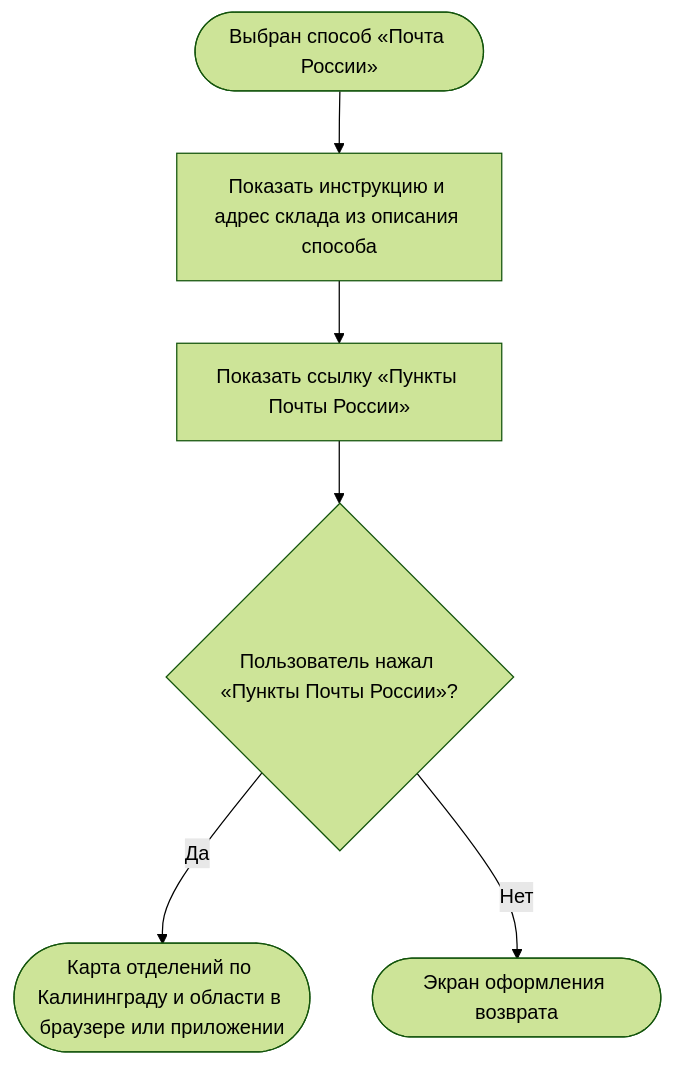
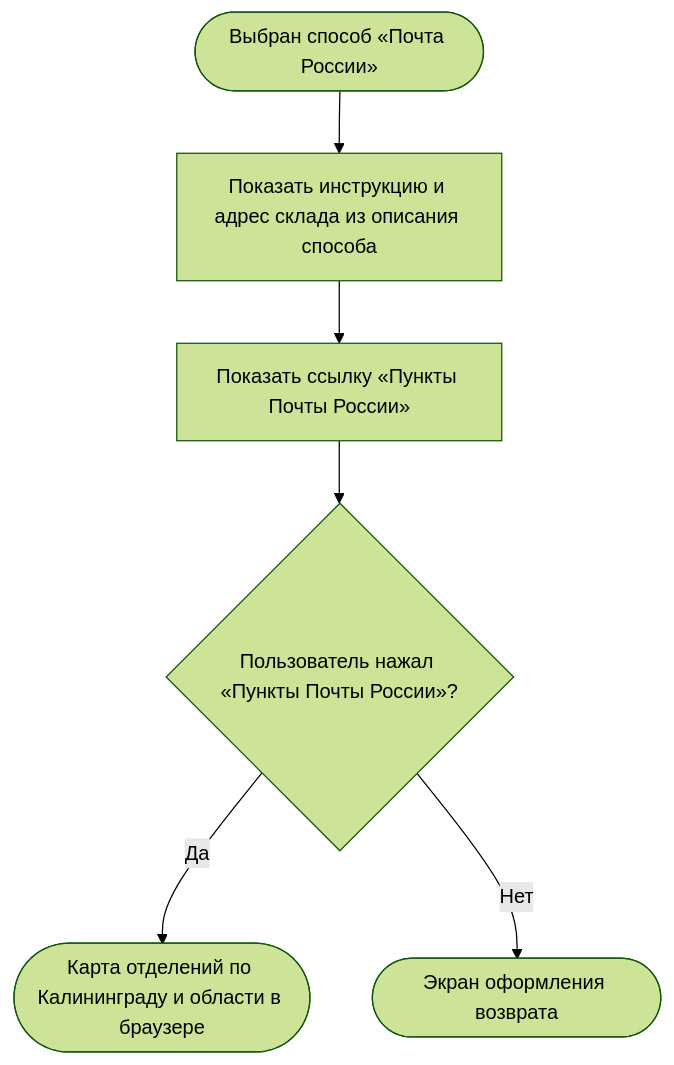
One commit to Terinss155/opencode-agents-analysis changed diagram 13 of 21 in projects/returns-2.0/requirements/srs/srs-mobile-mvp_wiki.md. Above: the diagram before and after it, drawn with Mermaid (forest theme). The commit also changed other lines of this file and 4 other files, not shown here.

````diff
--- a/projects/returns-2.0/requirements/srs/srs-mobile-mvp_wiki.md
+++ b/projects/returns-2.0/requirements/srs/srs-mobile-mvp_wiki.md
@@ -830,8 +982,8 @@
 ```mermaid
 flowchart TD
     S([Выбран способ «Почта России»]) --> A["Показать инструкцию и адрес склада из описания способа"]
     A --> A1["Показать ссылку «Пункты Почты России»"]
     A1 --> B{"Пользователь нажал «Пункты Почты России»?"}
-    B -->|Да| B1(["Карта отделений по Калининграду и области в браузере или приложении"])
+    B -->|Да| B1(["Карта отделений по Калининграду и области в браузере"])
     B -->|Нет| Z([Экран оформления возврата])
 ```
````
